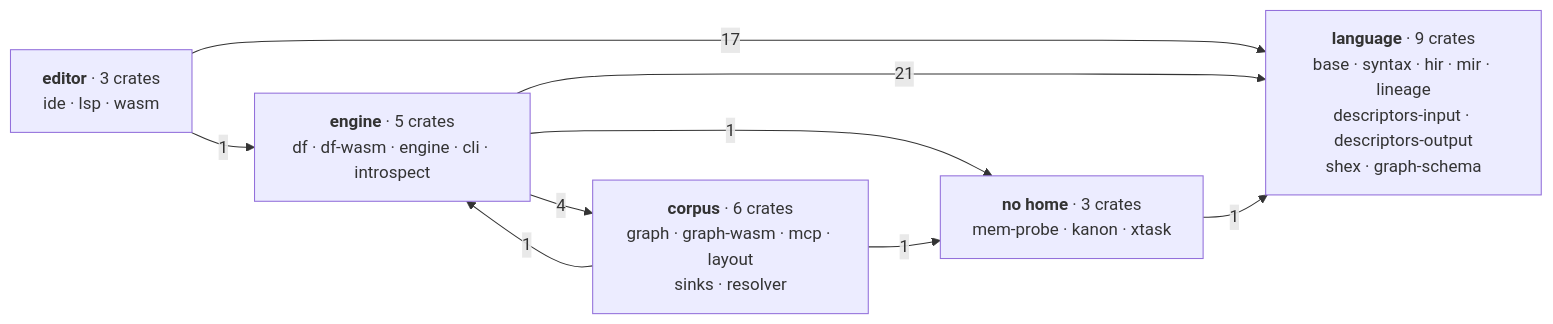
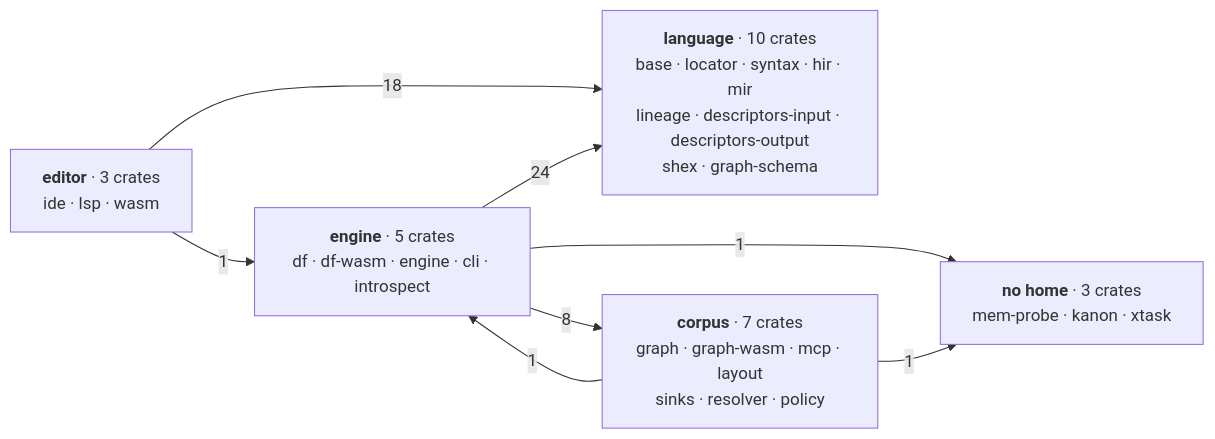
The first of 4 diagrams in apps/docs/content/docs/(root)/architecture.mdx (Kanzo-Tech/fossil-lang), drawn with Mermaid before and after one commit. The commit also changed other lines of this file and 18 other files, not shown here.

````diff
--- a/apps/docs/content/docs/(root)/architecture.mdx
+++ b/apps/docs/content/docs/(root)/architecture.mdx
@@ -14,17 +14,16 @@
 ```mermaid
 graph LR
-  L["<b>language</b> · 9 crates<br/>base · syntax · hir · mir · lineage<br/>descriptors-input · descriptors-output<br/>shex · graph-schema"]
+  L["<b>language</b> · 10 crates<br/>base · locator · syntax · hir · mir<br/>lineage · descriptors-input · descriptors-output<br/>shex · graph-schema"]
   E["<b>editor</b> · 3 crates<br/>ide · lsp · wasm"]
   M["<b>engine</b> · 5 crates<br/>df · df-wasm · engine · cli · introspect"]
-  C["<b>corpus</b> · 6 crates<br/>graph · graph-wasm · mcp · layout<br/>sinks · resolver"]
+  C["<b>corpus</b> · 7 crates<br/>graph · graph-wasm · mcp · layout<br/>sinks · resolver · policy"]
   X["<b>no home</b> · 3 crates<br/>mem-probe · kanon · xtask"]
 
-  E -->|17| L
+  E -->|18| L
   E -->|1| M
-  M -->|21| L
-  M -->|4| C
+  M -->|24| L
+  M -->|8| C
   C -->|1| M
-  X -->|1| L
   M -->|1| X
   C -->|1| X
 ```
````
